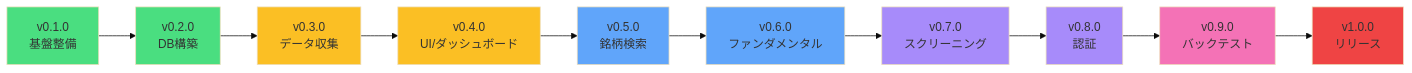
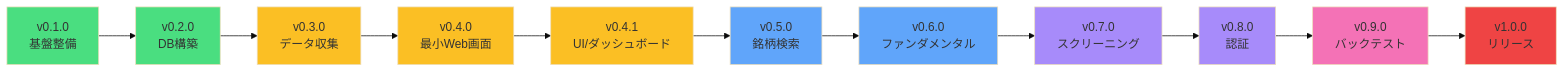
Before and after one commit to develop-nti-0902/STOCK-INVESTMENT-ANALYZER: the second of 2 diagrams in docs/tasks/milestones.md, drawn with Mermaid (base theme). The commit also changed other lines of this file and 1 other file, not shown here.

````diff
--- a/docs/tasks/milestones.md
+++ b/docs/tasks/milestones.md
@@ -539,23 +582,25 @@
 ```mermaid
 graph LR
     v01[v0.1.0<br/>基盤整備] --> v02[v0.2.0<br/>DB構築]
     v02 --> v03[v0.3.0<br/>データ収集]
-    v03 --> v04[v0.4.0<br/>UI/ダッシュボード]
-    v04 --> v05[v0.5.0<br/>銘柄検索]
+    v03 --> v04[v0.4.0<br/>最小Web画面]
+    v04 --> v041[v0.4.1<br/>UI/ダッシュボード]
+    v041 --> v05[v0.5.0<br/>銘柄検索]
     v05 --> v06[v0.6.0<br/>ファンダメンタル]
     v06 --> v07[v0.7.0<br/>スクリーニング]
     v07 --> v08[v0.8.0<br/>認証]
     v08 --> v09[v0.9.0<br/>バックテスト]
     v09 --> v10[v1.0.0<br/>リリース]
 
     style v01 fill:#4ade80
     style v02 fill:#4ade80
     style v03 fill:#fbbf24
     style v04 fill:#fbbf24
+    style v041 fill:#fbbf24
     style v05 fill:#60a5fa
     style v06 fill:#60a5fa
     style v07 fill:#a78bfa
     style v08 fill:#a78bfa
     style v09 fill:#f472b6
     style v10 fill:#ef4444
 ```
````
